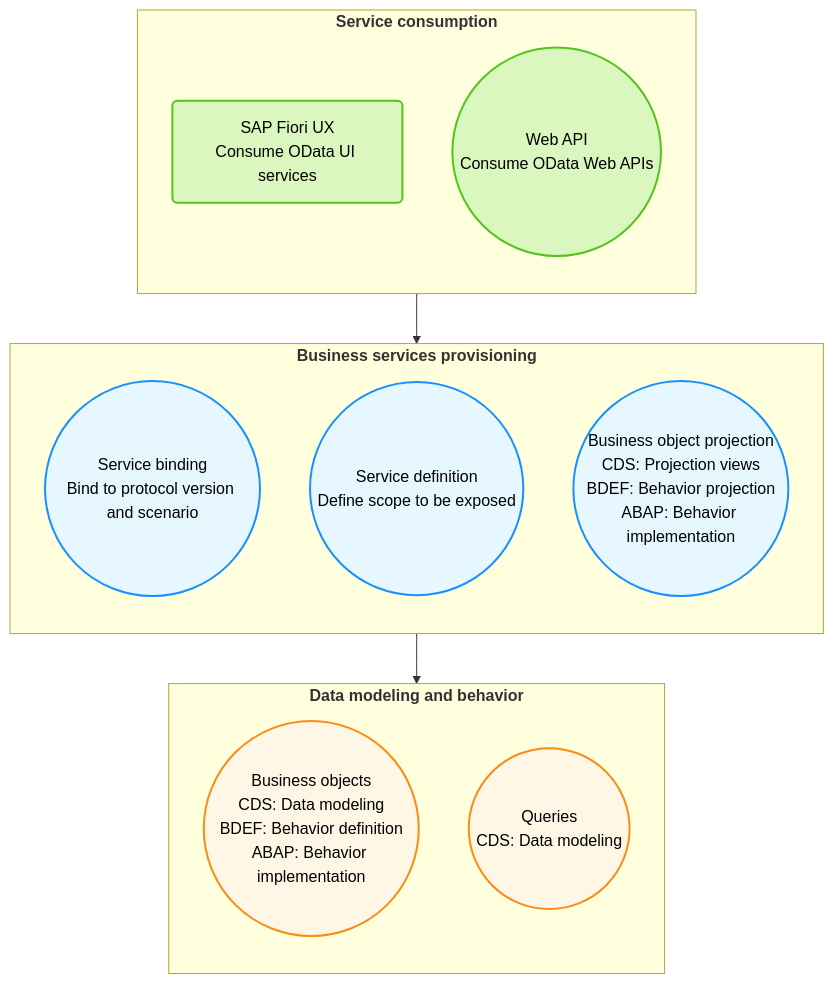
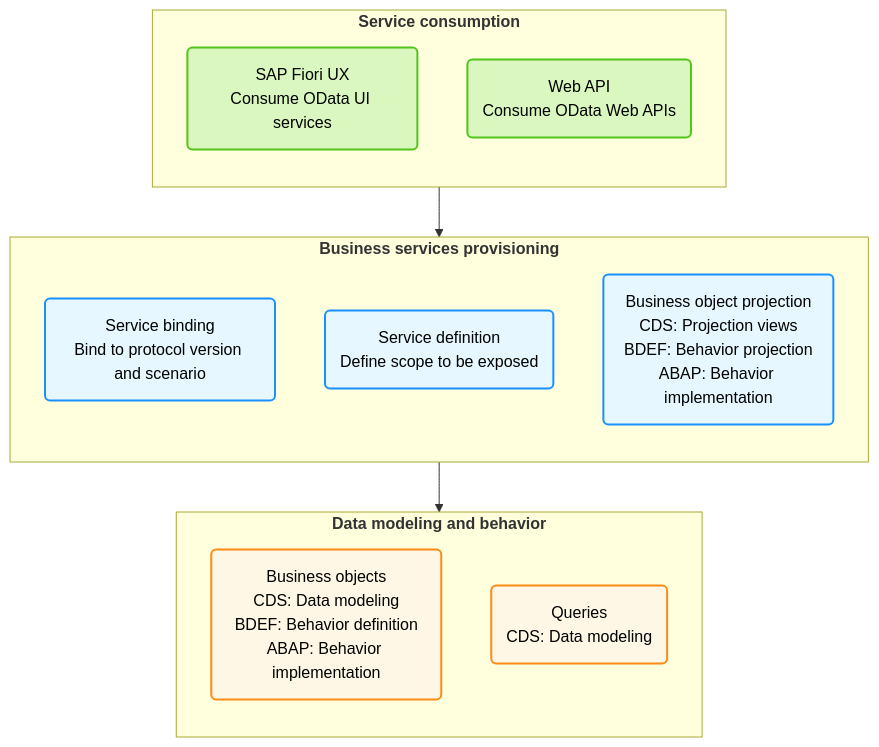
Before and after one commit to edmilson-nascimento/abap-rap: the second of 2 diagrams in README.md, drawn with Mermaid. The commit also changed other lines of this file, not shown here.

Commit message:
Refactor mermaid diagrams in README.md for improved clarity and consistency

````diff
--- a/README.md
+++ b/README.md
@@ -25,28 +25,28 @@
 ```mermaid
 flowchart TD
     subgraph ServiceConsumption[<b>Service consumption</b>]
         direction TB
         A1(SAP Fiori UX<br>Consume OData UI services):::greenBox
-        A2((Web API<br>Consume OData Web APIs)):::greenBox
+        A2(Web API<br>Consume OData Web APIs):::greenBox
     end
 
     subgraph BusinessServicesProvisioning[<b>Business services provisioning</b>]
         direction TB
-        B1((Service binding<br>Bind to protocol version and scenario)):::blueBox
-        B2((Service definition<br>Define scope to be exposed)):::blueBox
-        B3((Business object projection<br>CDS: Projection views<br>BDEF: Behavior projection<br>ABAP: Behavior implementation)):::blueBox
+        B1(Service binding<br>Bind to protocol version and scenario):::blueBox
+        B2(Service definition<br>Define scope to be exposed):::blueBox
+        B3(Business object projection<br>CDS: Projection views<br>BDEF: Behavior projection<br>ABAP: Behavior implementation):::blueBox
     end
 
     subgraph DataModelingAndBehavior[<b>Data modeling and behavior</b>]
         direction TB
-        C1((Business objects<br>CDS: Data modeling<br>BDEF: Behavior definition<br>ABAP: Behavior implementation)):::orangeBox
-        C2((Queries<br>CDS: Data modeling)):::orangeBox
+        C1(Business objects<br>CDS: Data modeling<br>BDEF: Behavior definition<br>ABAP: Behavior implementation):::orangeBox
+        C2(Queries<br>CDS: Data modeling):::orangeBox
     end
 
     ServiceConsumption --> BusinessServicesProvisioning
     BusinessServicesProvisioning --> DataModelingAndBehavior
 
     classDef greenBox fill:#d9f7be,stroke:#52c41a,stroke-width:2,color:#000;
     classDef blueBox fill:#e6f7ff,stroke:#1890ff,stroke-width:2,color:#000;
     classDef orangeBox fill:#fff7e6,stroke:#fa8c16,stroke-width:2,color:#000;
 ```
````
